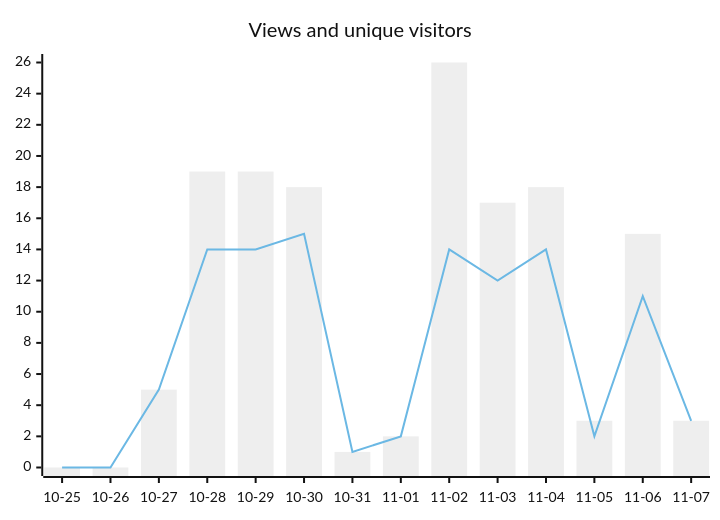
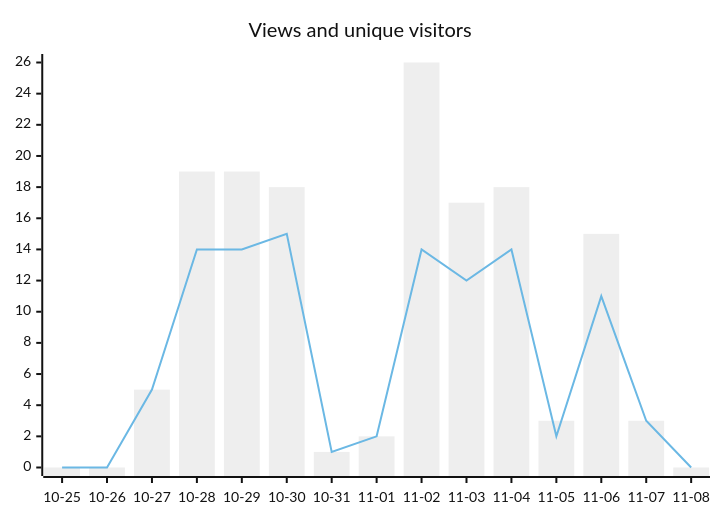
One commit to fmadore/Kalamu changed the second of 2 diagrams in README.md. Above: the diagram before and after it, drawn with Mermaid (neutral theme). The commit also changed other lines of this file and 2 other files, not shown here.

````diff
--- a/README.md
+++ b/README.md
@@ -59,7 +64,7 @@
 ```mermaid
 xychart-beta
     title "Views and unique visitors"
-    x-axis ["10-25", "10-26", "10-27", "10-28", "10-29", "10-30", "10-31", "11-01", "11-02", "11-03", "11-04", "11-05", "11-06", "11-07"]
-    bar [0, 0, 5, 19, 19, 18, 1, 2, 26, 17, 18, 3, 15, 3]
-    line [0, 0, 5, 14, 14, 15, 1, 2, 14, 12, 14, 2, 11, 3]
+    x-axis ["10-25", "10-26", "10-27", "10-28", "10-29", "10-30", "10-31", "11-01", "11-02", "11-03", "11-04", "11-05", "11-06", "11-07", "11-08"]
+    bar [0, 0, 5, 19, 19, 18, 1, 2, 26, 17, 18, 3, 15, 3, 0]
+    line [0, 0, 5, 14, 14, 15, 1, 2, 14, 12, 14, 2, 11, 3, 0]
 ```
````
